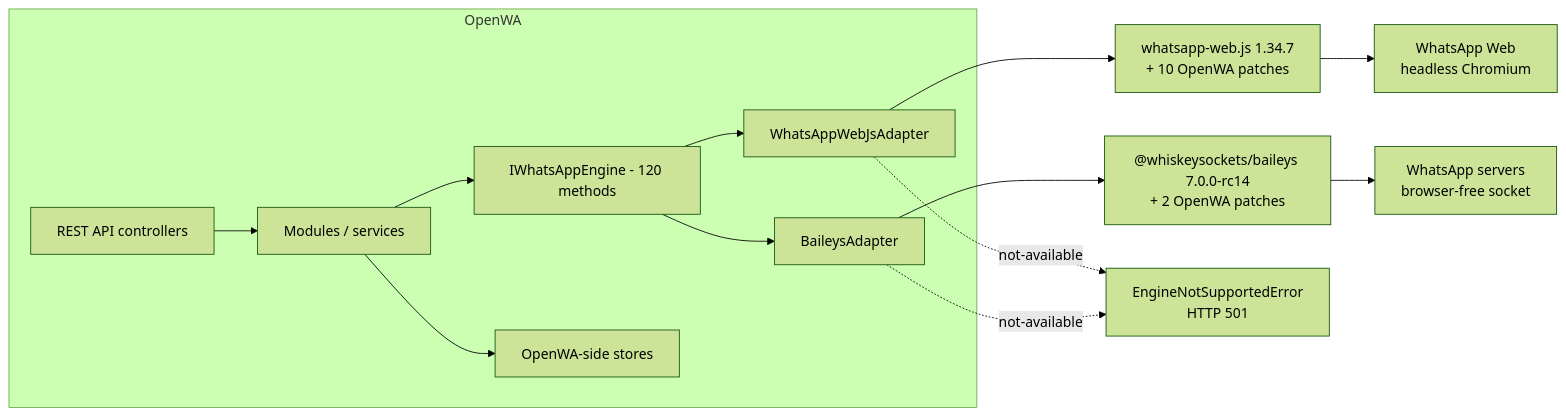
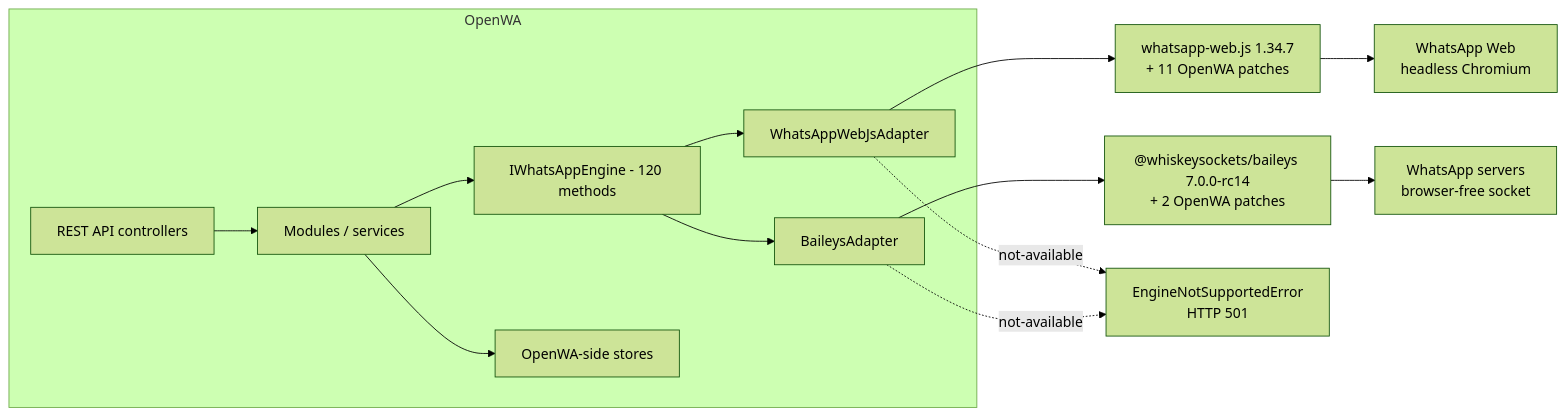
One commit to purnamcommunity/OpenWA changed the first of 2 diagrams in docs/29-engine-capability-matrix.md. Above: the diagram before and after it, drawn with Mermaid (forest theme). The commit also changed other lines of this file and 7 other files, not shown here.

````diff
--- a/docs/29-engine-capability-matrix.md
+++ b/docs/29-engine-capability-matrix.md
@@ -43,16 +43,16 @@
 ```mermaid
 flowchart LR
     subgraph OpenWA["OpenWA"]
         API["REST API controllers"] --> SVC["Modules / services"]
         SVC --> IF["IWhatsAppEngine - 120 methods"]
         IF --> WA["WhatsAppWebJsAdapter"]
         IF --> BA["BaileysAdapter"]
         SVC --> STORE["OpenWA-side stores"]
     end
-    WA --> WLIB["whatsapp-web.js 1.34.7<br/>+ 10 OpenWA patches"]
+    WA --> WLIB["whatsapp-web.js 1.34.7<br/>+ 11 OpenWA patches"]
     BA --> BLIB["@whiskeysockets/baileys 7.0.0-rc14<br/>+ 2 OpenWA patches"]
     WLIB --> WEB["WhatsApp Web<br/>headless Chromium"]
     BLIB --> WAS["WhatsApp servers<br/>browser-free socket"]
     WA -.->|"not-available"| E["EngineNotSupportedError<br/>HTTP 501"]
     BA -.->|"not-available"| E
 ```
````
